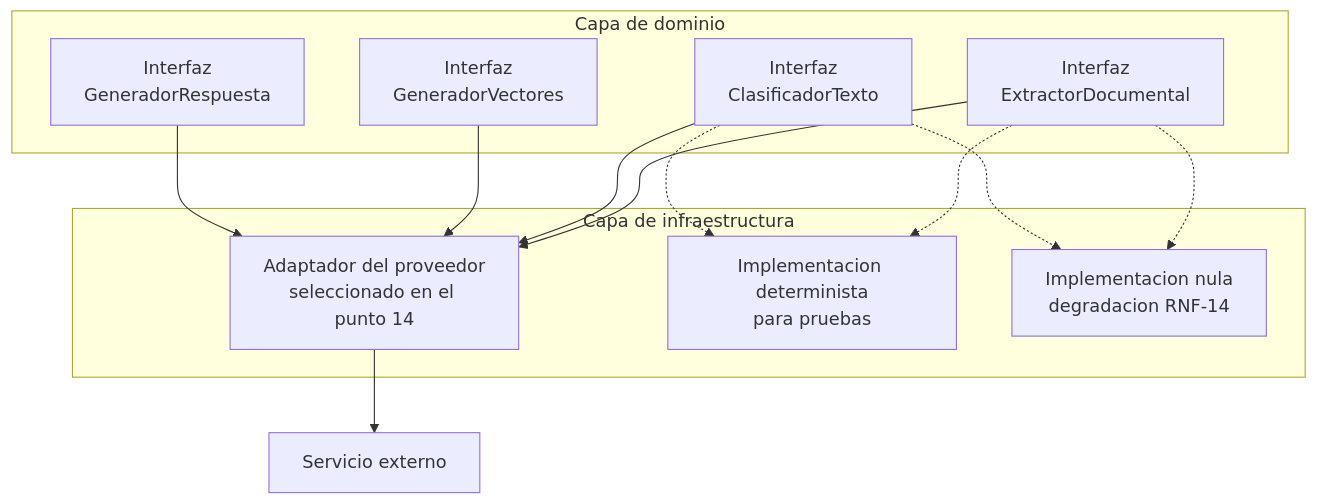
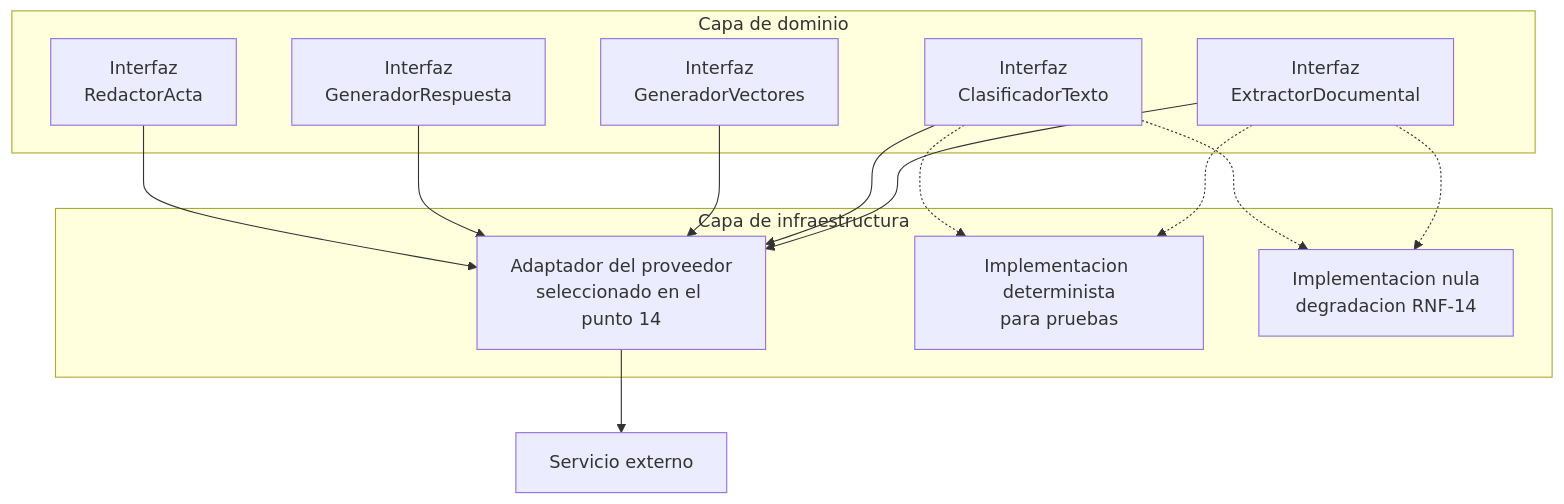
Before and after one commit to Marchee72/flay-proyecto-final: the sixth of 8 diagrams in docs/entrega-3/12-diseno.md, drawn with Mermaid. The commit also changed 30 other files, not shown here.

````diff
--- a/docs/entrega-3/12-diseno.md
+++ b/docs/entrega-3/12-diseno.md
@@ -589,26 +589,28 @@
 ```mermaid
 flowchart TD
     subgraph DOM["Capa de dominio"]
         I1["Interfaz<br/>ExtractorDocumental"]
         I2["Interfaz<br/>ClasificadorTexto"]
         I3["Interfaz<br/>GeneradorVectores"]
         I4["Interfaz<br/>GeneradorRespuesta"]
+        I5["Interfaz<br/>RedactorActa"]
     end
 
     subgraph INF["Capa de infraestructura"]
         AD["Adaptador del proveedor<br/>seleccionado en el punto 14"]
         ST["Implementacion determinista<br/>para pruebas"]
         NL["Implementacion nula<br/>degradacion RNF-14"]
     end
 
     I1 --> AD
     I2 --> AD
     I3 --> AD
     I4 --> AD
+    I5 --> AD
     I1 -.-> ST
     I2 -.-> ST
     I1 -.-> NL
     I2 -.-> NL
 
     AD --> EXT["Servicio externo"]
 ```
````
